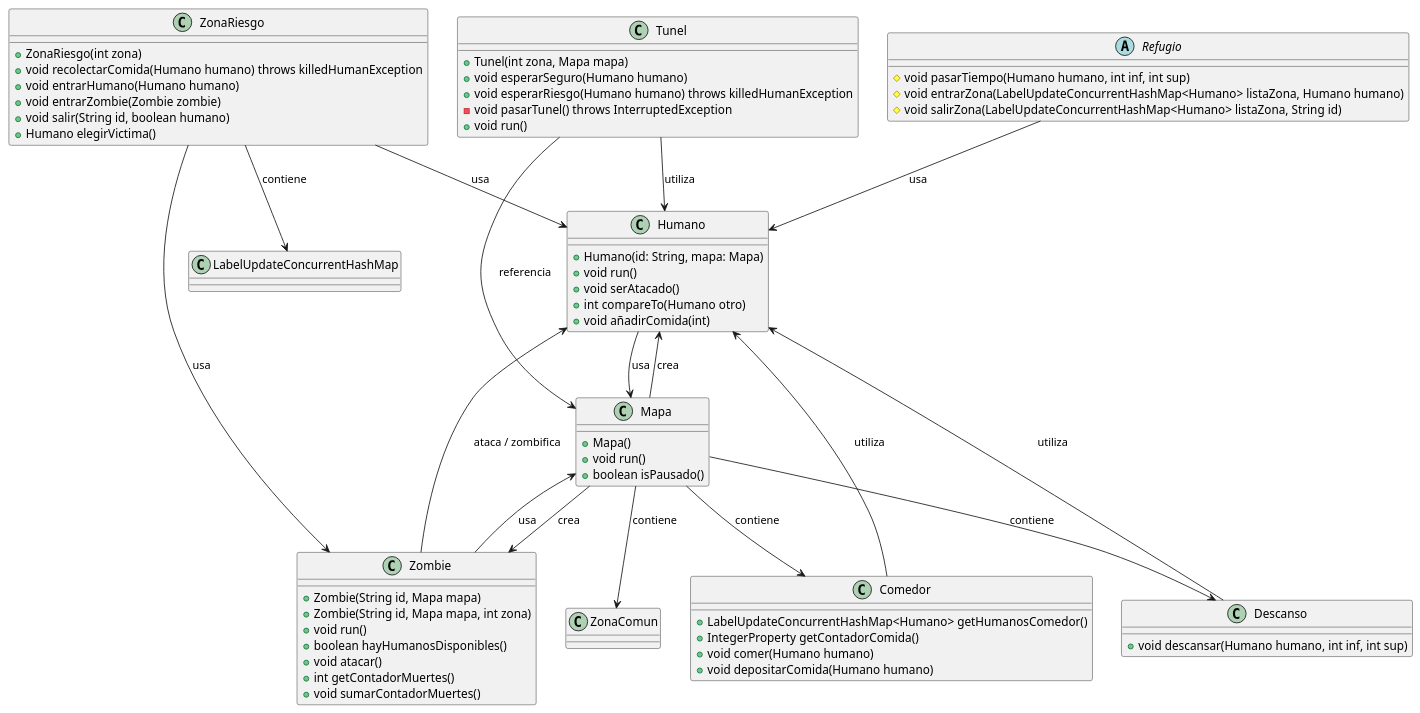
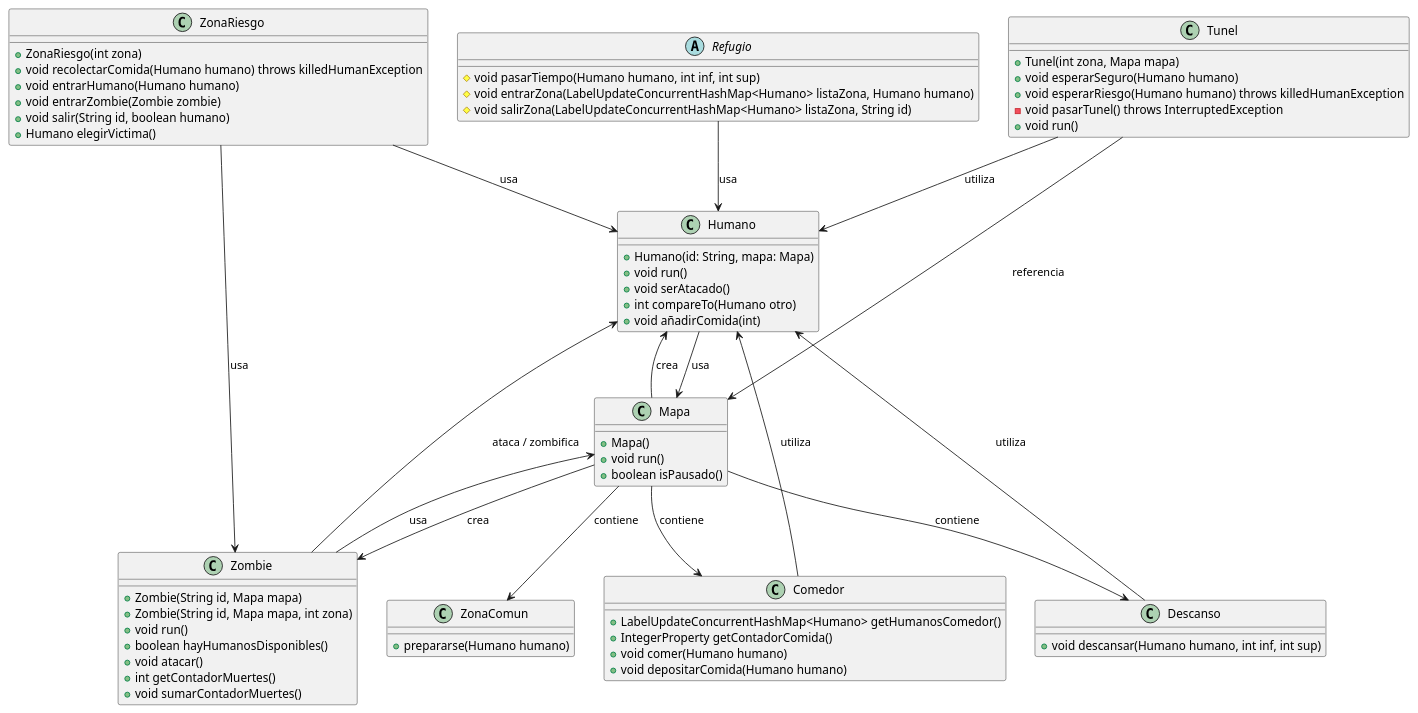
One commit to jaizu23/simulacion_zombies changed the diagram in src/main/java/Diagrama_UML/Diagrama.puml. Above: the diagram before and after it, drawn with PlantUML.

Commit message:
retoques en el diagrama

```diff
--- a/src/main/java/Diagrama_UML/Diagrama.puml
+++ b/src/main/java/Diagrama_UML/Diagrama.puml
@@ -1,77 +1,80 @@
 @startuml
 class Humano {
 + Humano(id: String, mapa: Mapa)
 + void run()
 + void serAtacado()
 + int compareTo(Humano otro)
 + void añadirComida(int)
 }
 
 class Zombie {
 + Zombie(String id, Mapa mapa)
 + Zombie(String id, Mapa mapa, int zona)
 + void run()
 + boolean hayHumanosDisponibles()
 + void atacar()
 + int getContadorMuertes()
 + void sumarContadorMuertes()
 }
 
 class Mapa {
 + Mapa()
 + void run()
 + boolean isPausado()
 }
 
 class ZonaRiesgo {
 + ZonaRiesgo(int zona)
 + void recolectarComida(Humano humano) throws killedHumanException
 + void entrarHumano(Humano humano)
 + void entrarZombie(Zombie zombie)
 + void salir(String id, boolean humano)
 + Humano elegirVictima()
 }
 
 class Tunel {
 + Tunel(int zona, Mapa mapa)
 + void esperarSeguro(Humano humano)
 + void esperarRiesgo(Humano humano) throws killedHumanException
 - void pasarTunel() throws InterruptedException
 + void run()
 }
 
 class Comedor {
 + LabelUpdateConcurrentHashMap<Humano> getHumanosComedor()
 + IntegerProperty getContadorComida()
 + void comer(Humano humano)
 + void depositarComida(Humano humano)
 }
 
 
 class Descanso {
 + void descansar(Humano humano, int inf, int sup)
 }
 
 abstract class Refugio {
 # void pasarTiempo(Humano humano, int inf, int sup)
 # void entrarZona(LabelUpdateConcurrentHashMap<Humano> listaZona, Humano humano)
 # void salirZona(LabelUpdateConcurrentHashMap<Humano> listaZona, String id)
 }
 
+class ZonaComun {
++prepararse(Humano humano)
+}
+
 Humano --> Mapa : usa
 Mapa --> Comedor : contiene
 Mapa --> ZonaComun : contiene
 Mapa --> Descanso : contiene
 Mapa --> Zombie : crea
 Mapa --> Humano : crea
 Zombie --> Mapa : usa
 Zombie --> Humano : ataca / zombifica
 ZonaRiesgo --> Humano : usa
 ZonaRiesgo --> Zombie : usa
-ZonaRiesgo --> LabelUpdateConcurrentHashMap : contiene
 Tunel --> Humano : utiliza
 Tunel --> Mapa : referencia
 Comedor --> Humano : utiliza
 Descanso --> Humano : utiliza
 Refugio --> Humano : usa
 @enduml
```
